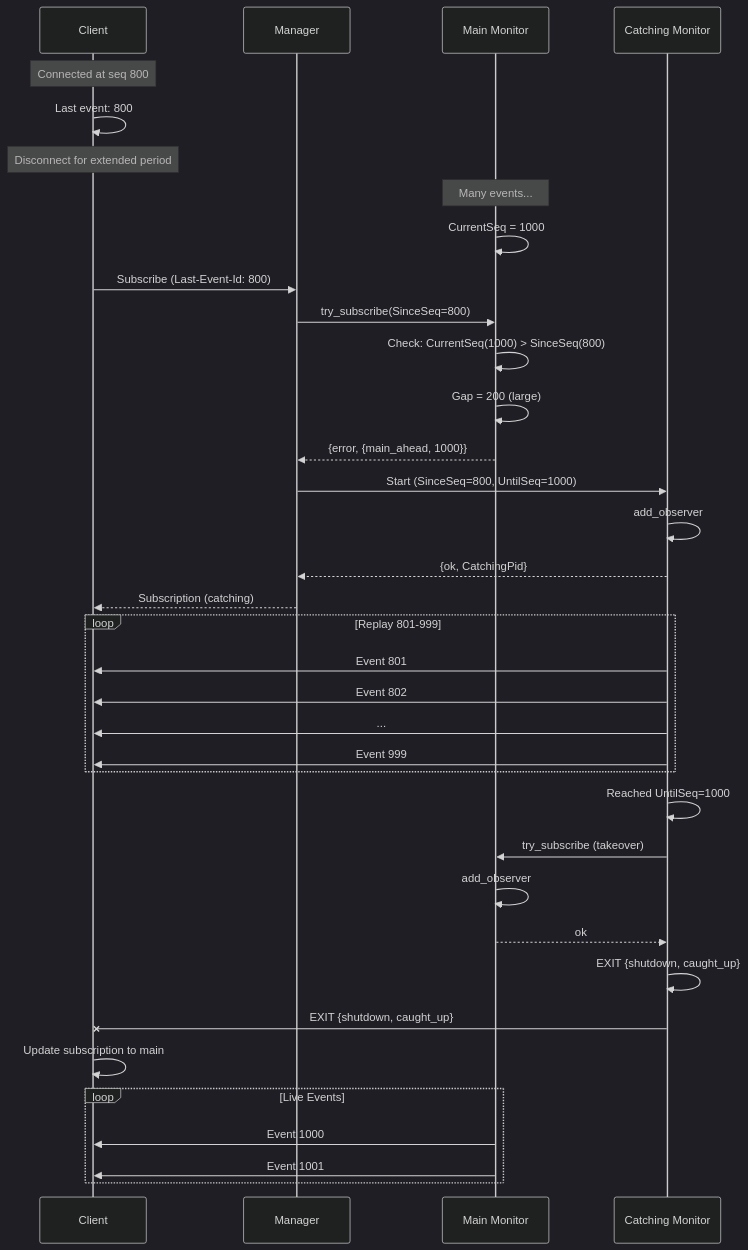
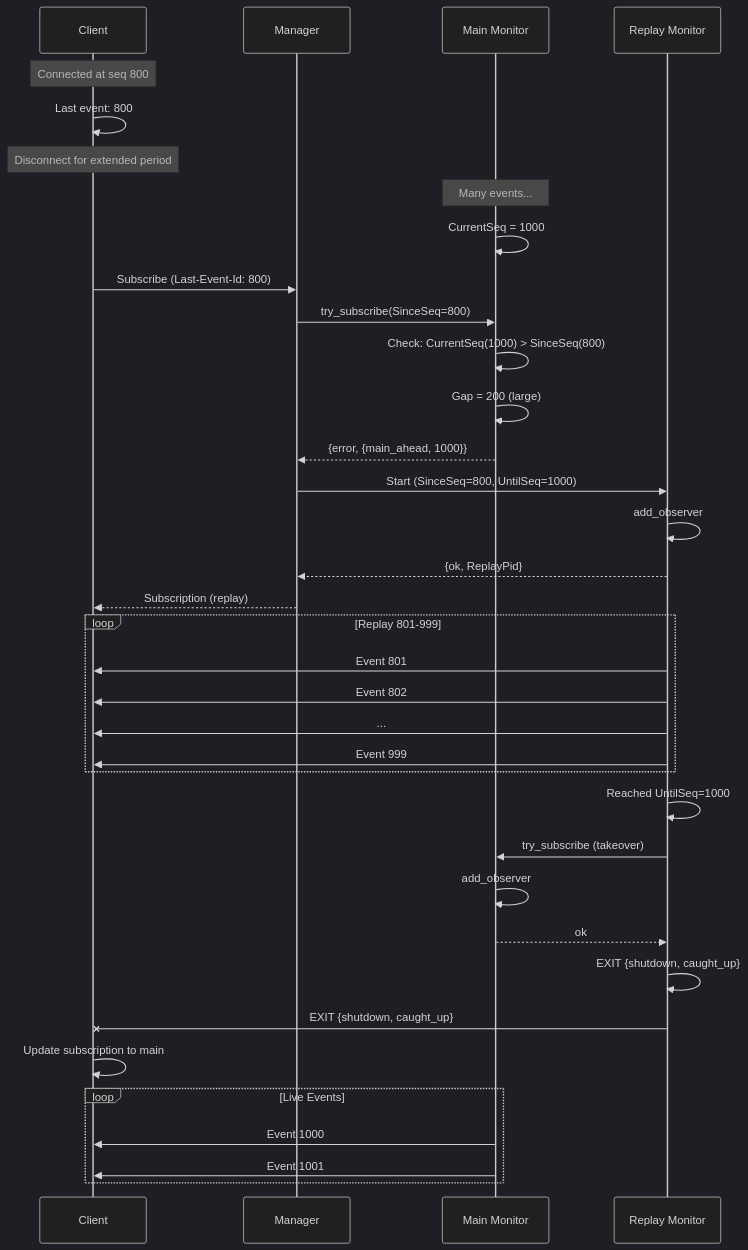
The sixth of 8 diagrams in doc/design/files_monitoring/reconnection.md (onedata/op-worker), drawn with Mermaid (dark theme) before and after one commit. The commit also changed other lines of this file and 12 other files, not shown here.

Commit message:
VFS-12887 Rename catching monitor to replay monitor

````diff
--- a/doc/design/files_monitoring/reconnection.md
+++ b/doc/design/files_monitoring/reconnection.md
@@ -437,45 +437,45 @@
 ```mermaid
 sequenceDiagram
     participant C as Client
     participant M as Manager
     participant Main as Main Monitor
-    participant Catch as Catching Monitor
+    participant Replay as Replay Monitor
     
     Note over C: Connected at seq 800
     C->>C: Last event: 800
     Note over C: Disconnect for extended period
     
     Note over Main: Many events...
     Main->>Main: CurrentSeq = 1000
     
     C->>M: Subscribe (Last-Event-Id: 800)
     M->>Main: try_subscribe(SinceSeq=800)
     Main->>Main: Check: CurrentSeq(1000) > SinceSeq(800)
     Main->>Main: Gap = 200 (large)
     Main-->>M: {error, {main_ahead, 1000}}
     
-    M->>Catch: Start (SinceSeq=800, UntilSeq=1000)
-    Catch->>Catch: add_observer
-    Catch-->>M: {ok, CatchingPid}
-    M-->>C: Subscription (catching)
+    M->>Replay: Start (SinceSeq=800, UntilSeq=1000)
+    Replay->>Replay: add_observer
+    Replay-->>M: {ok, ReplayPid}
+    M-->>C: Subscription (replay)
     
     loop Replay 801-999
-        Catch->>C: Event 801
-        Catch->>C: Event 802
-        Catch->>C: ...
-        Catch->>C: Event 999
+        Replay->>C: Event 801
+        Replay->>C: Event 802
+        Replay->>C: ...
+        Replay->>C: Event 999
     end
     
-    Catch->>Catch: Reached UntilSeq=1000
-    Catch->>Main: try_subscribe (takeover)
+    Replay->>Replay: Reached UntilSeq=1000
+    Replay->>Main: try_subscribe (takeover)
     Main->>Main: add_observer
-    Main-->>Catch: ok
-    Catch->>Catch: EXIT {shutdown, caught_up}
-    Catch-xC: EXIT {shutdown, caught_up}
+    Main-->>Replay: ok
+    Replay->>Replay: EXIT {shutdown, caught_up}
+    Replay-xC: EXIT {shutdown, caught_up}
     C->>C: Update subscription to main
     
     loop Live Events
         Main->>C: Event 1000
         Main->>C: Event 1001
     end
 ```
````
